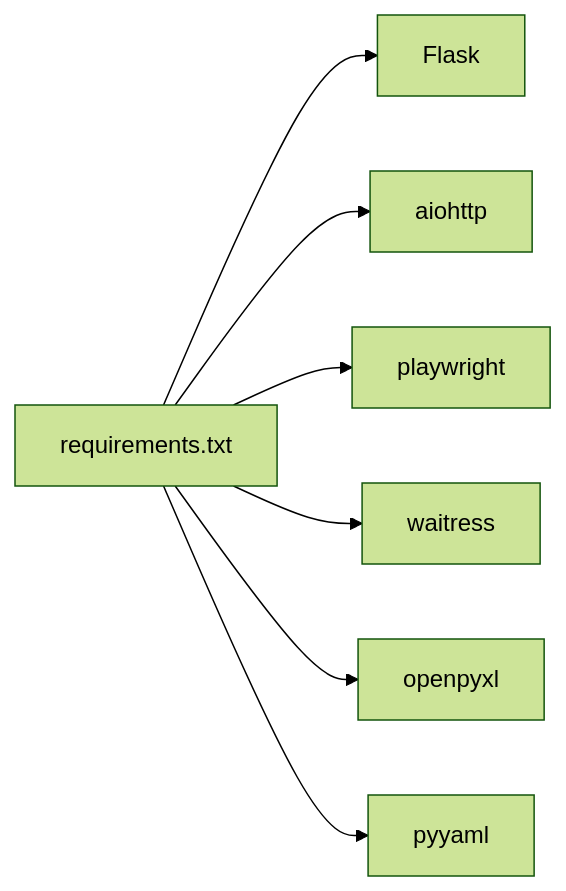
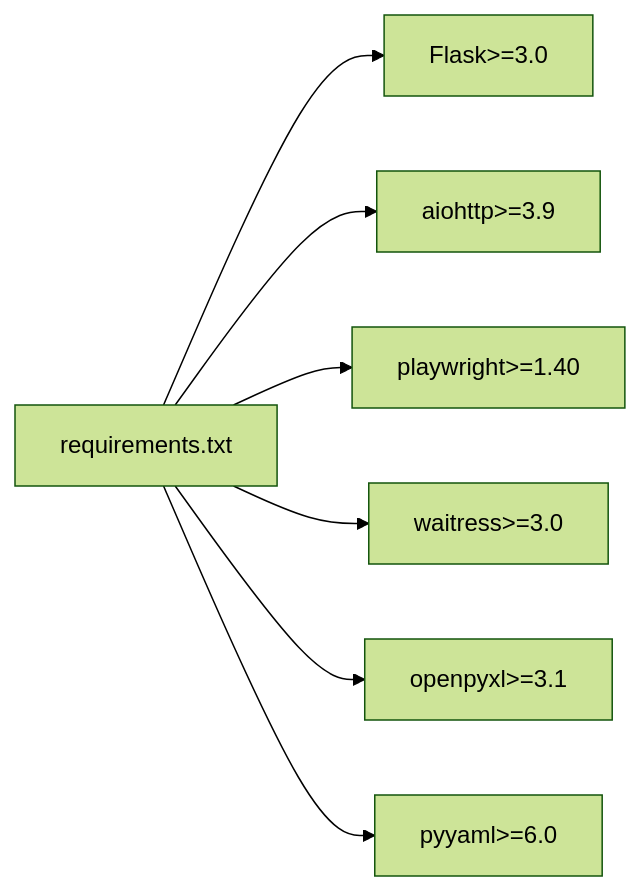
One commit to oreovan567-pixel/middle-platform-data-collector changed the fourth of 4 diagrams in .qoder/repowiki/zh/content/部署运维/部署运维.md. Above: the diagram before and after it, drawn with Mermaid (forest theme). The commit also changed other lines of this file and 11 other files, not shown here.

````diff
--- a/.qoder/repowiki/zh/content/部署运维/部署运维.md
+++ b/.qoder/repowiki/zh/content/部署运维/部署运维.md
@@ -219,9 +312,9 @@
 ```mermaid
 graph LR
-A["requirements.txt"] --> B["Flask"]
-A --> C["aiohttp"]
-A --> D["playwright"]
-A --> E["waitress"]
-A --> F["openpyxl"]
-A --> G["pyyaml"]
+A["requirements.txt"] --> B["Flask>=3.0"]
+A --> C["aiohttp>=3.9"]
+A --> D["playwright>=1.40"]
+A --> E["waitress>=3.0"]
+A --> F["openpyxl>=3.1"]
+A --> G["pyyaml>=6.0"]
 ```
````
